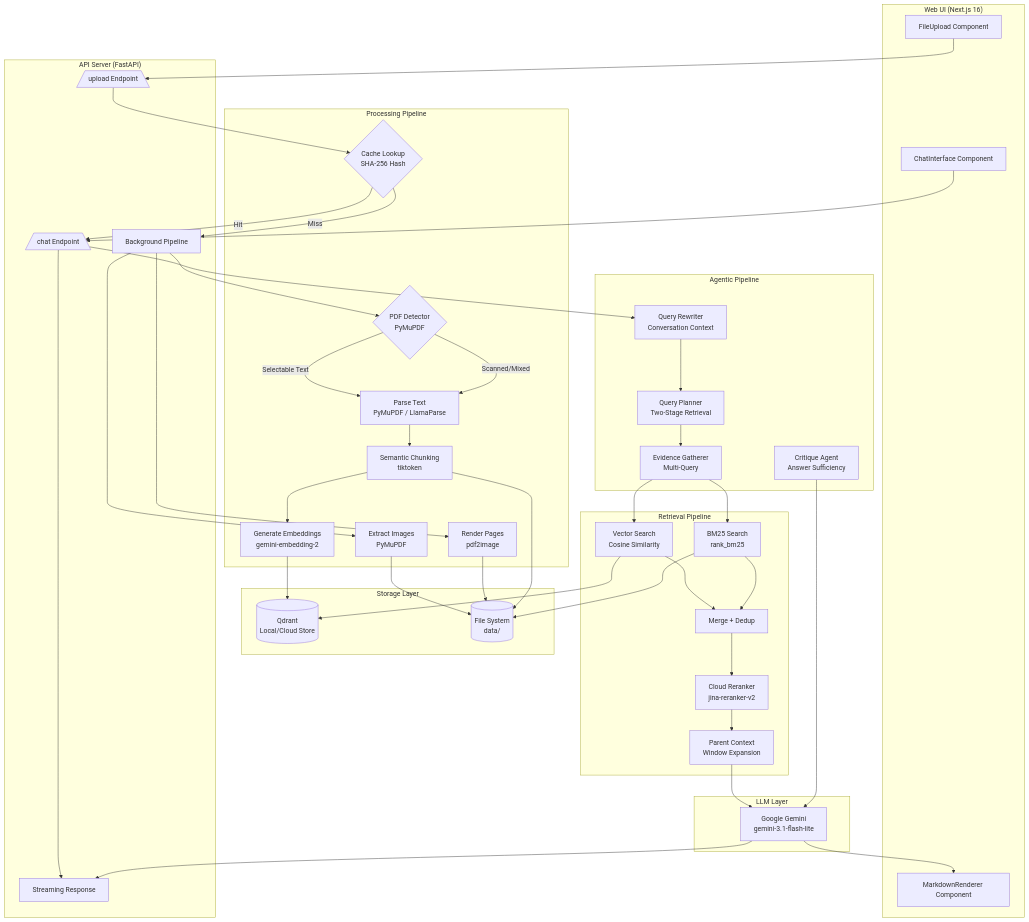
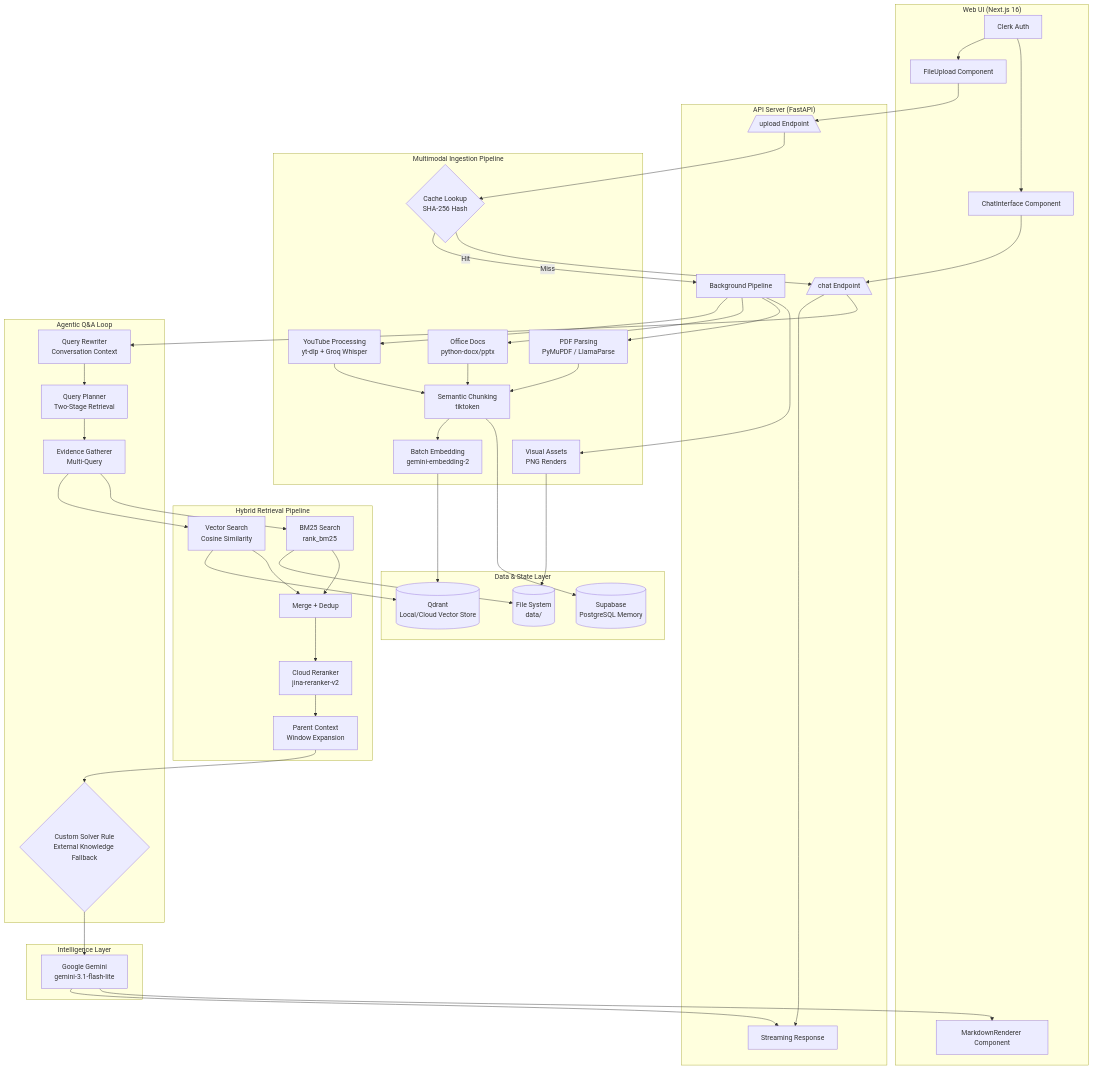
The diagram in Readme.md (Prakshit0902/pdf-rag), drawn with Mermaid before and after one commit. The commit also changed other lines of this file, not shown here.

````diff
--- a/Readme.md
+++ b/Readme.md
@@ -9,6 +19,7 @@
 ```mermaid
 flowchart TB
     subgraph Frontend["Web UI (Next.js 16)"]
+        AUTH[Clerk Auth]
         FU[FileUpload Component]
         CI[ChatInterface Component]
         MR[MarkdownRenderer Component]
@@ -21,22 +32,23 @@
         BP[Background Pipeline]
     end
 
-    subgraph Pipeline["Processing Pipeline"]
+    subgraph Pipeline["Multimodal Ingestion Pipeline"]
         CACHE{Cache Lookup<br/>SHA-256 Hash}
-        DET{PDF Detector<br/>PyMuPDF}
-        IMG[Extract Images<br/>PyMuPDF]
-        REN[Render Pages<br/>pdf2image]
-        PARSE[Parse Text<br/>PyMuPDF / LlamaParse]
+        YT[YouTube Processing<br/>yt-dlp + Groq Whisper]
+        DOC[Office Docs<br/>python-docx/pptx]
+        PDF[PDF Parsing<br/>PyMuPDF / LlamaParse]
+        IMG[Visual Assets<br/>PNG Renders]
         CHUNK[Semantic Chunking<br/>tiktoken]
-        INDEX[Generate Embeddings<br/>gemini-embedding-2]
+        INDEX[Batch Embedding<br/>gemini-embedding-2]
     end
 
-    subgraph Storage["Storage Layer"]
-        QD[(Qdrant<br/>Local/Cloud Store)]
+    subgraph Storage["Data & State Layer"]
+        QD[(Qdrant<br/>Local/Cloud Vector Store)]
+        SB[(Supabase<br/>PostgreSQL Memory)]
         FS[(File System<br/>data/)]
     end
 
-    subgraph Retrieval["Retrieval Pipeline"]
+    subgraph Retrieval["Hybrid Retrieval Pipeline"]
         VEC[Vector Search<br/>Cosine Similarity]
         BM[BM25 Search<br/>rank_bm25]
         MERGE[Merge + Dedup]
@@ -44,29 +56,34 @@
         PARENT[Parent Context<br/>Window Expansion]
     end
 
-    subgraph Agent["Agentic Pipeline"]
+    subgraph Agent["Agentic Q&A Loop"]
         REWRITE[Query Rewriter<br/>Conversation Context]
         PLAN[Query Planner<br/>Two-Stage Retrieval]
         EVIDENCE[Evidence Gatherer<br/>Multi-Query]
-        REFLECT[Critique Agent<br/>Answer Sufficiency]
+        SOLVER{Custom Solver Rule<br/>External Knowledge Fallback}
     end
 
-    subgraph LLM["LLM Layer"]
+    subgraph LLM["Intelligence Layer"]
         GEMINI[Google Gemini<br/>gemini-3.1-flash-lite]
     end
 
+    AUTH --> FU
+    AUTH --> CI
     FU --> UPLOAD
     UPLOAD --> CACHE
     CACHE -->|Miss| BP
     CACHE -->|Hit| API
-    BP --> DET
-    DET -->|Selectable Text| PARSE
-    DET -->|Scanned/Mixed| PARSE
+    
+    BP --> YT
+    BP --> DOC
+    BP --> PDF
     BP --> IMG --> FS
-    BP --> REN --> FS
-    PARSE --> CHUNK
-    CHUNK --> FS
+    
+    YT --> CHUNK
+    DOC --> CHUNK
+    PDF --> CHUNK
     CHUNK --> INDEX --> QD
+    CHUNK --> SB
 
     CI --> API --> SP
     API --> REWRITE --> PLAN
@@ -77,8 +94,8 @@
     BM --> MERGE
     MERGE --> RERANK
     RERANK --> PARENT
-    PARENT --> GEMINI
-    REFLECT --> GEMINI
+    PARENT --> SOLVER
+    SOLVER --> GEMINI
     GEMINI --> SP
     GEMINI --> MR
 ```
````
